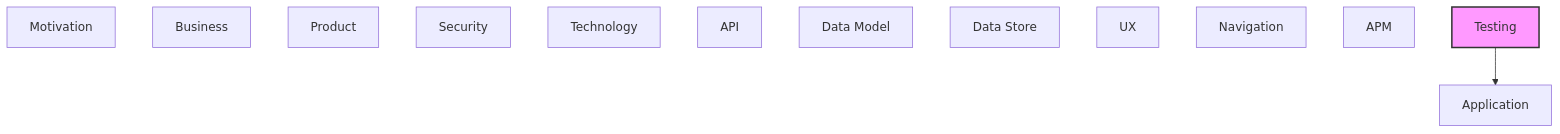
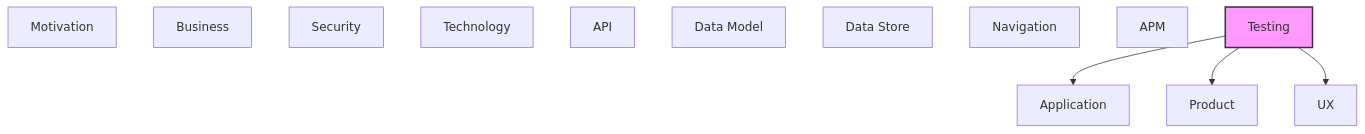
One commit to tinkermonkey/heimdall changed the diagram in documentation-robotics/reports/13-testing-layer-report.md. Above: the diagram before and after it, drawn with Mermaid. The commit also changed other lines of this file and 41 other files, not shown here.

````diff
--- a/documentation-robotics/reports/13-testing-layer-report.md
+++ b/documentation-robotics/reports/13-testing-layer-report.md
@@ -74,19 +132,21 @@
 ```mermaid
 flowchart TB
   classDef current fill:#f9f,stroke:#333,stroke-width:2px
   motivation["Motivation"]
   business["Business"]
   product["Product"]
   security["Security"]
   application["Application"]
   technology["Technology"]
   api["API"]
   data_model["Data Model"]
   data_store["Data Store"]
   ux["UX"]
   navigation["Navigation"]
   apm["APM"]
   testing["Testing"]
   testing --> application
+  testing --> product
+  testing --> ux
   class testing current
 ```
````
